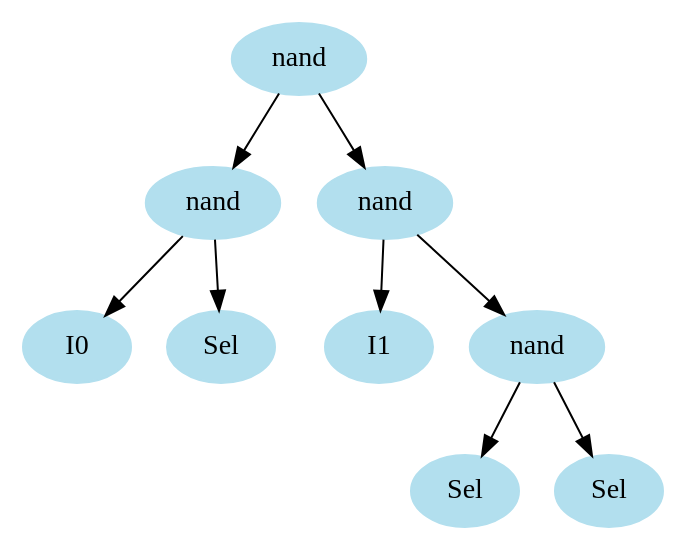
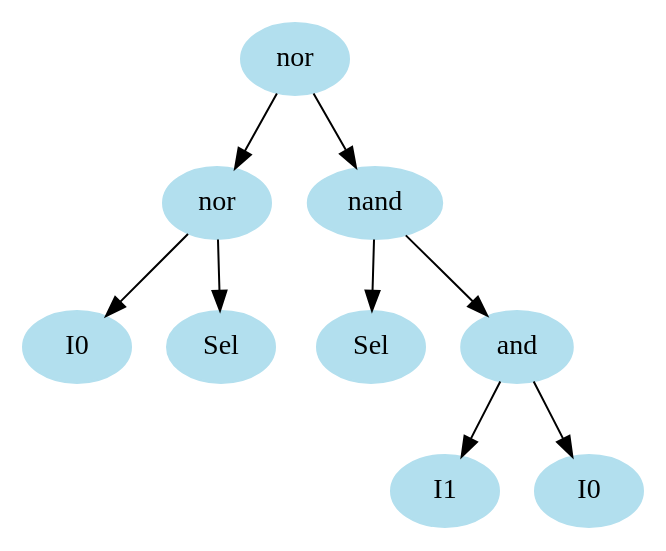
One commit to king2b3/GP changed the diagram in temp/Starting_AST.gv. Above: the diagram before and after it, drawn with Graphviz. The commit also changed 5 other files, not shown here.

```diff
--- a/temp/Starting_AST.gv
+++ b/temp/Starting_AST.gv
@@ -1,21 +1,21 @@
 digraph unix {
 	node [color=lightblue2 style=filled]
 	size="6,6"
-	gate_0 [label=nand]
-	gate_1 [label=nand]
+	gate_0 [label=nor]
+	gate_1 [label=nor]
 	ins_0 [label=I0]
 	ins_1 [label=Sel]
 	gate_2 [label=nand]
-	ins_2 [label=I1]
-	gate_3 [label=nand]
-	ins_3 [label=Sel]
-	ins_4 [label=Sel]
+	ins_2 [label=Sel]
+	gate_3 [label=and]
+	ins_3 [label=I1]
+	ins_4 [label=I0]
 	gate_0 -> gate_1
 	gate_0 -> gate_2
 	gate_1 -> ins_0
 	gate_1 -> ins_1
 	gate_2 -> ins_2
 	gate_2 -> gate_3
 	gate_3 -> ins_3
 	gate_3 -> ins_4
 }
```
